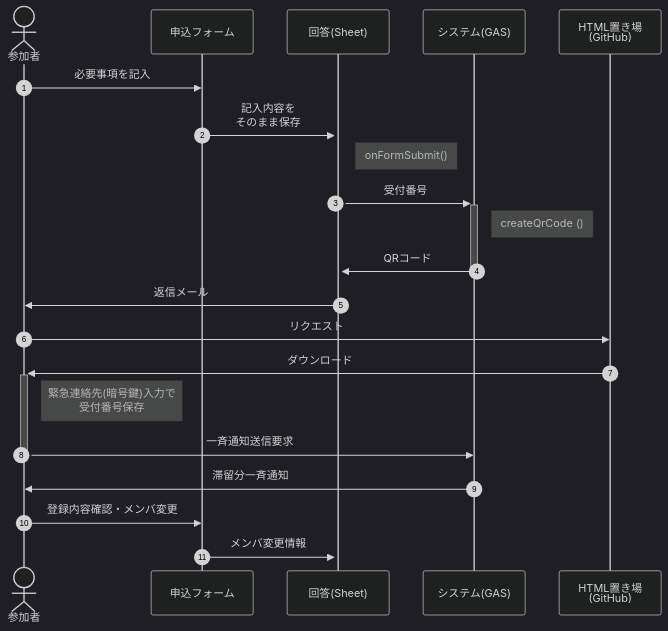
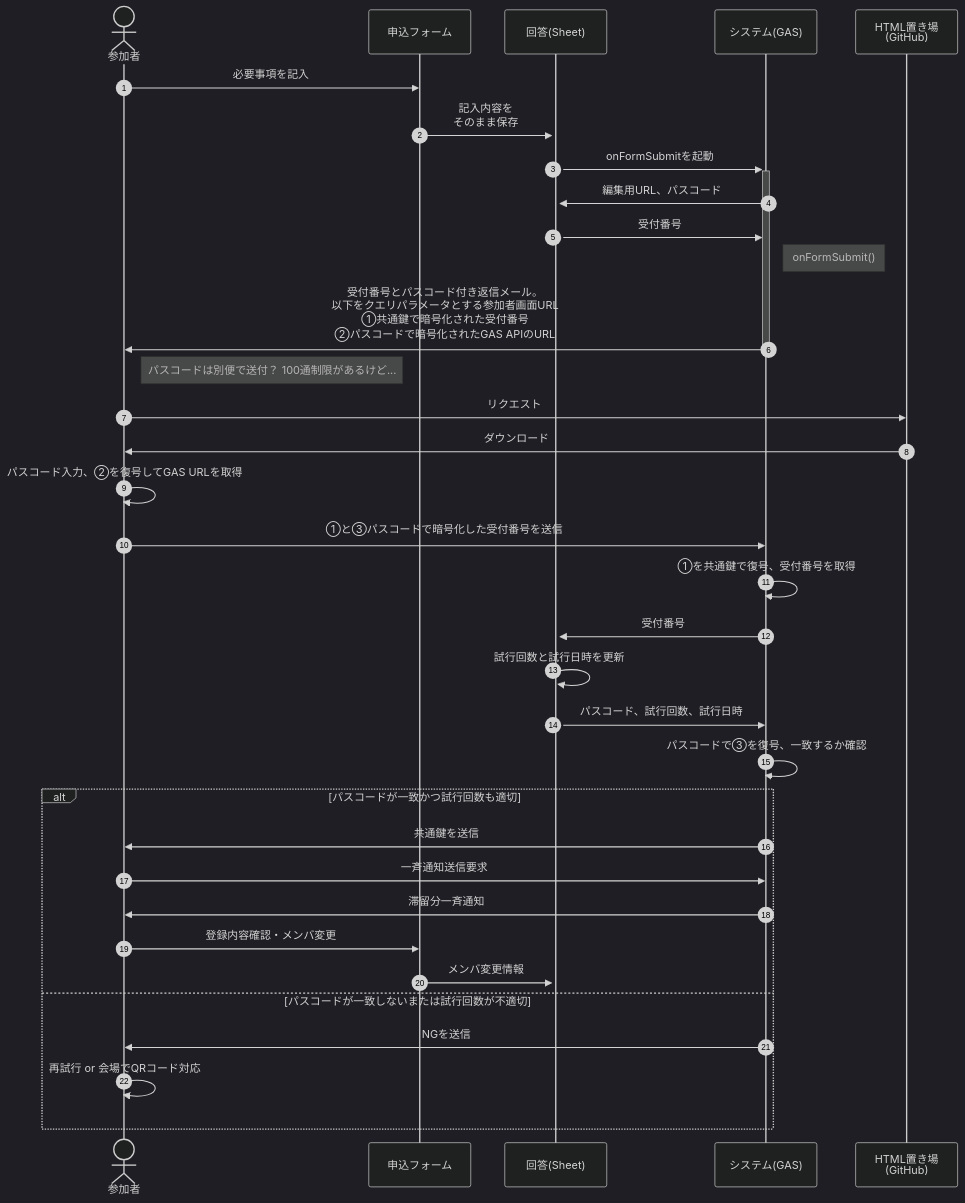
Before and after one commit to nakaone/EventStaff: the second of 5 diagrams in README.md, drawn with Mermaid (dark theme).

Commit message:
参加者の認証手順を検討

````diff
--- a/README.md
+++ b/README.md
@@ -114,25 +114,39 @@
 ```mermaid
 
 sequenceDiagram
   autonumber
   actor guest as 参加者
   participant form as 申込フォーム
   participant answer as 回答(Sheet)
   participant gas as システム(GAS)
   participant git as HTML置き場<br>(GitHub)
 
   guest->>form    : 必要事項を記入
   form->>+answer   : 記入内容を<br>そのまま保存
-  Note right of answer: onFormSubmit()
-  answer->>+gas    : 受付番号
-  Note right of gas: createQrCode ()
-  gas->>-answer    : QRコード
-  answer->>guest  : 返信メール
+  answer->>+gas    : onFormSubmitを起動
+  gas->>answer : 編集用URL、パスコード
+  answer->>gas : 受付番号
+  Note right of gas: onFormSubmit()
+  gas->>-guest    : 受付番号とパスコード付き返信メール。<br>以下をクエリパラメータとする参加者画面URL<br>①共通鍵で暗号化された受付番号<br>②パスコードで暗号化されたGAS APIのURL
+  Note right of guest: パスコードは別便で送付？ 100通制限があるけど...
   guest->>git      : リクエスト
-  git->>+guest      : ダウンロード
-  Note right of guest: 緊急連絡先(暗号鍵)入力で<br>受付番号保存
-  guest->>-gas     : 一斉通知送信要求
-  gas->>guest      : 滞留分一斉通知
-  guest->>form     : 登録内容確認・メンバ変更
-  form->>answer    : メンバ変更情報
+  git->>guest      : ダウンロード
+  guest->>guest: パスコード入力、②を復号してGAS URLを取得
+  guest->>gas  : ①と③パスコードで暗号化した受付番号を送信
+  gas->>gas : ①を共通鍵で復号、受付番号を取得
+  gas->>answer : 受付番号
+  answer->>answer : 試行回数と試行日時を更新
+  answer->>gas : パスコード、試行回数、試行日時
+  gas->>gas : パスコードで③を復号、一致するか確認
+  alt パスコードが一致かつ試行回数も適切
+    gas->>guest : 共通鍵を送信
+    guest->>gas     : 一斉通知送信要求
+    gas->>guest      : 滞留分一斉通知
+    guest->>form     : 登録内容確認・メンバ変更
+    form->>answer    : メンバ変更情報
+  else パスコードが一致しないまたは試行回数が不適切
+    gas->>guest : NGを送信
+    guest->>guest : 再試行 or 会場でQRコード対応
+  end
+  
 ```
````
